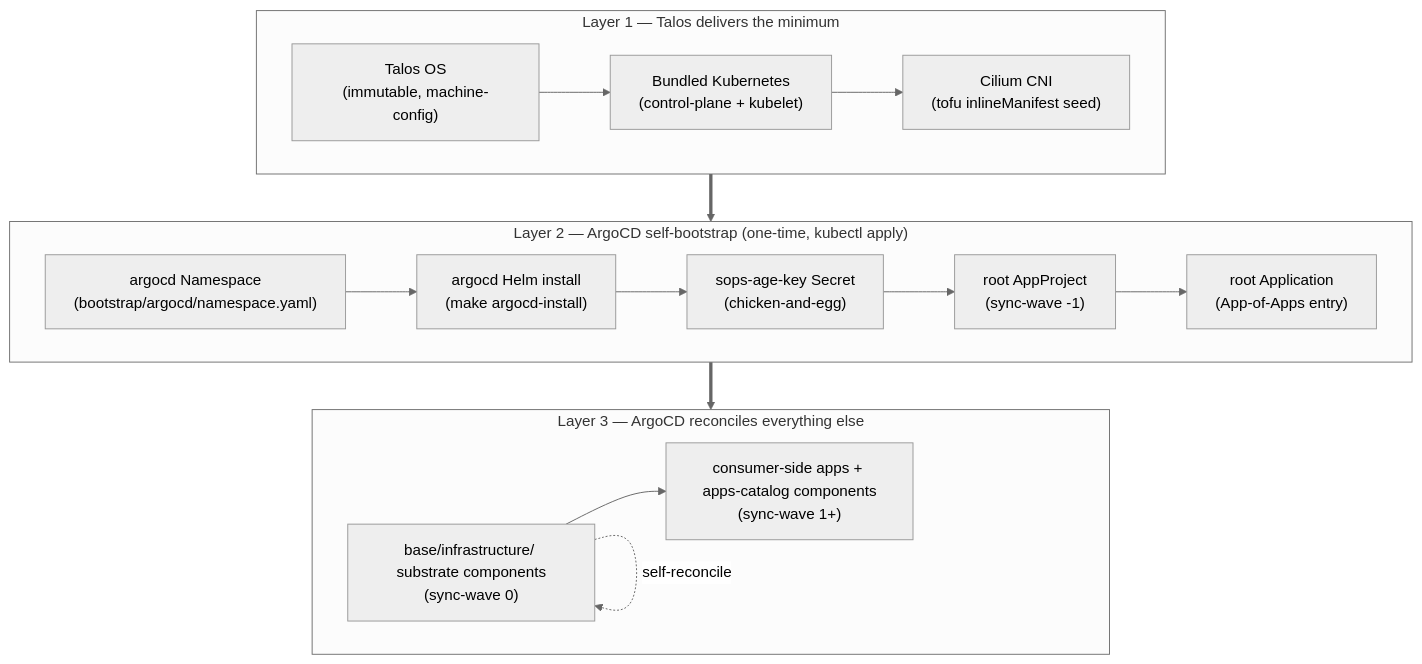
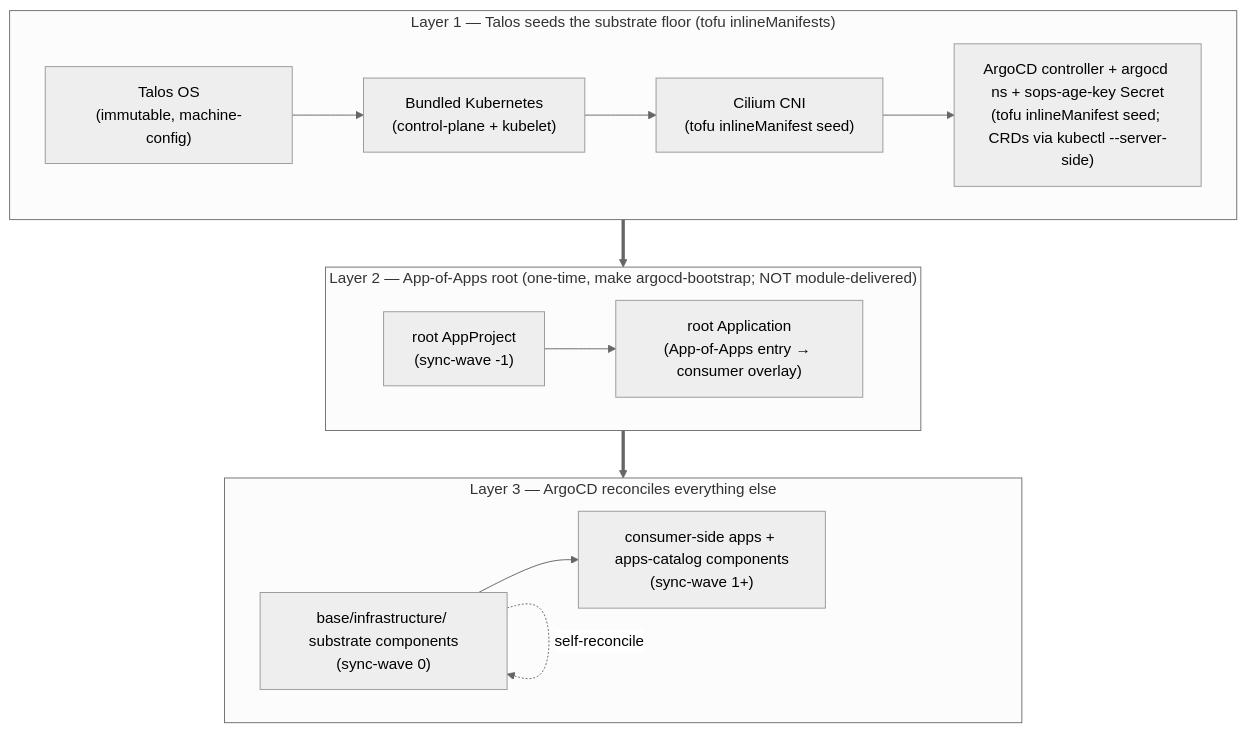
One commit to Nosmoht/talos-platform-base changed the diagram in docs/day-zero-pattern.md. Above: the diagram before and after it, drawn with Mermaid. The commit also changed other lines of this file and 6 other files, not shown here.

````diff
--- a/docs/day-zero-pattern.md
+++ b/docs/day-zero-pattern.md
@@ -29,31 +29,29 @@
 ```mermaid
 %%{init: { "theme": "neutral" } }%%
 flowchart TB
-  subgraph L1["Layer 1 — Talos delivers the minimum"]
+  subgraph L1["Layer 1 — Talos seeds the substrate floor (tofu inlineManifests)"]
     direction LR
     talos["Talos OS<br/>(immutable, machine-config)"]
     k8s["Bundled Kubernetes<br/>(control-plane + kubelet)"]
     cilium["Cilium CNI<br/>(tofu inlineManifest seed)"]
-    talos --> k8s --> cilium
+    argoseed["ArgoCD controller + argocd ns + sops-age-key Secret<br/>(tofu inlineManifest seed; CRDs via kubectl --server-side)"]
+    talos --> k8s --> cilium --> argoseed
   end
 
-  subgraph L2["Layer 2 — ArgoCD self-bootstrap (one-time, kubectl apply)"]
+  subgraph L2["Layer 2 — App-of-Apps root (one-time, make argocd-bootstrap; NOT module-delivered)"]
     direction LR
-    ns["argocd Namespace<br/>(bootstrap/argocd/namespace.yaml)"]
-    helm["argocd Helm install<br/>(make argocd-install)"]
-    sops["sops-age-key Secret<br/>(chicken-and-egg)"]
     appproj["root AppProject<br/>(sync-wave -1)"]
-    rootapp["root Application<br/>(App-of-Apps entry)"]
-    ns --> helm --> sops --> appproj --> rootapp
+    rootapp["root Application<br/>(App-of-Apps entry → consumer overlay)"]
+    appproj --> rootapp
   end
 
   subgraph L3["Layer 3 — ArgoCD reconciles everything else"]
     direction LR
     infra["base/infrastructure/ substrate components<br/>(sync-wave 0)"]
     apps["consumer-side apps + apps-catalog components<br/>(sync-wave 1+)"]
     infra --> apps
     infra -. self-reconcile .-> infra
   end
 
   L1 ==> L2 ==> L3
 ```
````
